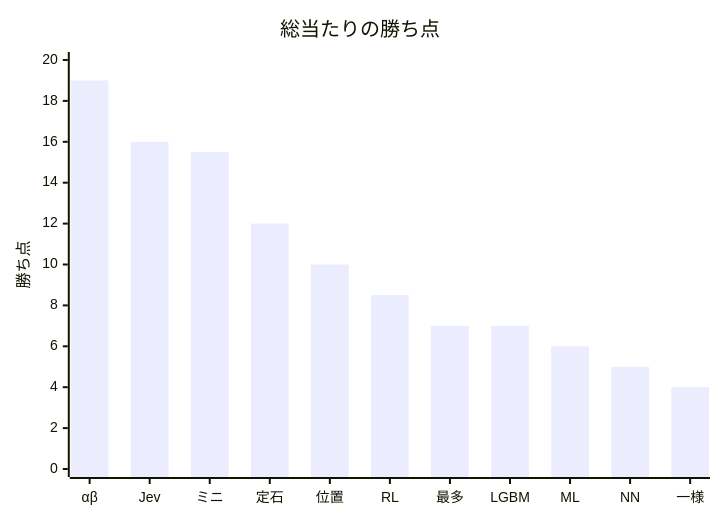
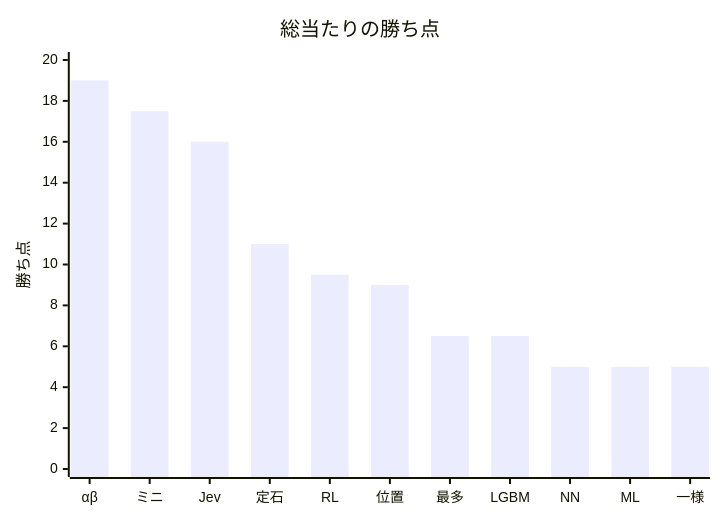
One commit to gnkm/reversi-ai changed the diagram in docs/benchmarks/round-robin.md. Above: the diagram before and after it, drawn with Mermaid. The commit also changed other lines of this file and 2 other files, not shown here.

````diff
--- a/docs/benchmarks/round-robin.md
+++ b/docs/benchmarks/round-robin.md
@@ -35,7 +35,7 @@
 ```mermaid
 xychart-beta
     title "総当たりの勝ち点"
-    x-axis ["αβ", "Jev", "ミニ", "定石", "位置", "RL", "最多", "LGBM", "ML", "NN", "一様"]
+    x-axis ["αβ", "ミニ", "Jev", "定石", "RL", "位置", "最多", "LGBM", "NN", "ML", "一様"]
     y-axis "勝ち点" 0 --> 20
-    bar [19, 16, 15.5, 12, 10, 8.5, 7, 7, 6, 5, 4]
+    bar [19, 17.5, 16, 11, 9.5, 9, 6.5, 6.5, 5, 5, 5]
 ```
````
